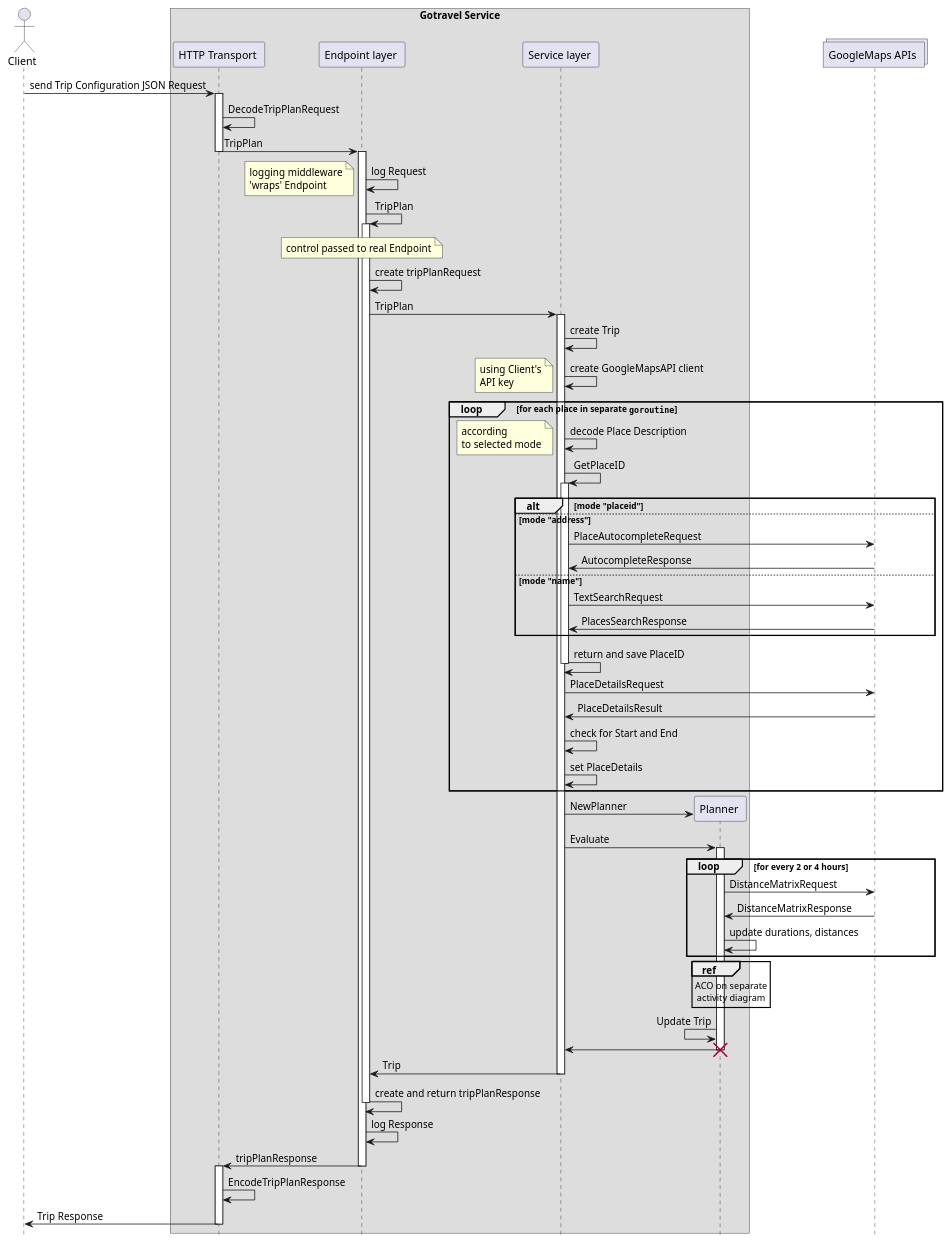
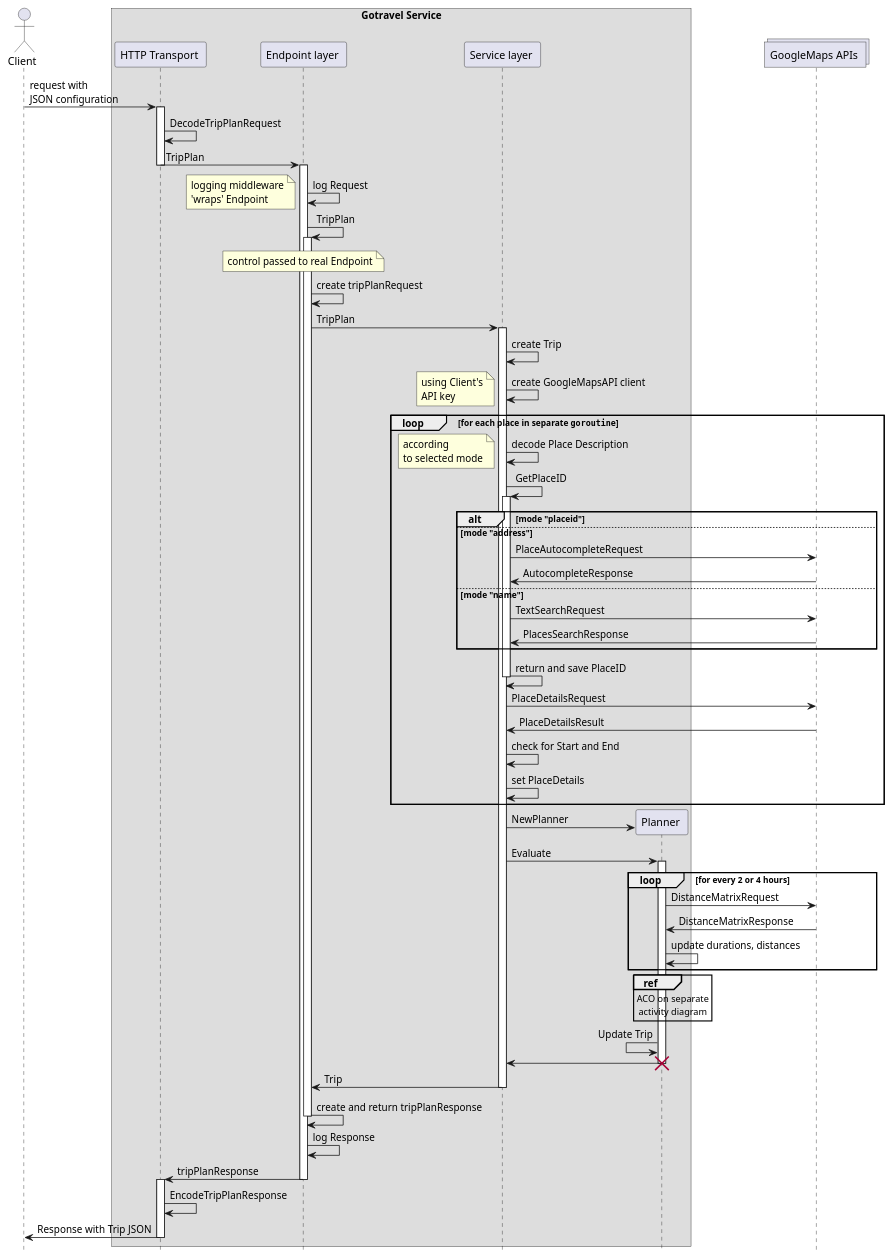
The diagram in svc_sequence.plantuml (radekwlsk/go-travel), drawn with PlantUML before and after one commit. The commit also changed 1 other file, not shown here.

```diff
--- a/svc_sequence.plantuml
+++ b/svc_sequence.plantuml
@@ -1,85 +1,85 @@
 @startuml
 
 actor Client as C
 
 box "Gotravel Service"
  participant "HTTP Transport " as T
  participant "Endpoint layer " as E
  participant "Service layer " as S
  participant "Planner " as P
 end box
 collections "GoogleMaps APIs " as G
 
-C -> T: send Trip Configuration JSON Request
+C -> T: request with \nJSON configuration
 activate T
 T -> T: DecodeTripPlanRequest
 T -> E: TripPlan
 deactivate T
 activate E
 E -> E: log Request
 note left: logging middleware\n'wraps' Endpoint
 E -> E: TripPlan
 activate E
 note over E: control passed to real Endpoint
 E -> E: create tripPlanRequest
 E -> S: TripPlan
 
 activate S
 S -> S: create Trip
 S -> S: create GoogleMapsAPI client
 note left: using Client's\nAPI key
 
 loop for each place in separate ""goroutine""
  S -> S: decode Place Description
  note left: according\nto selected mode
  S -> S: GetPlaceID
  activate S
  alt mode "placeid"
  else mode "address"
  S -> G: PlaceAutocompleteRequest
  S <- G: AutocompleteResponse
  else mode "name"
  S -> G: TextSearchRequest
  S <- G: PlacesSearchResponse
  end alt
  S -> S: return and save PlaceID
  deactivate S
  S -> G: PlaceDetailsRequest
  S <- G: PlaceDetailsResult
  S -> S: check for Start and End
  S -> S: set PlaceDetails
 end loop
 
 create P
 S -> P: NewPlanner
 S -> P: Evaluate
 activate P
 loop for every 2 or 4 hours
  P -> G: DistanceMatrixRequest
  P <- G: DistanceMatrixResponse
  P -> P: update durations, distances
 end loop
 ref over P
  ACO on separate
  activity diagram
 end
 P <- P: Update Trip
 S <- P:
 destroy P
 E <- S: Trip
 
 deactivate S
 
 E -> E: create and return tripPlanResponse
 deactivate E
 E -> E: log Response
 T <- E: tripPlanResponse
 deactivate E
 activate T
 T -> T: EncodeTripPlanResponse
-C <- T: Trip Response
+C <- T: Response with Trip JSON
 deactivate T
 
 hide footbox
 
 @enduml
```
